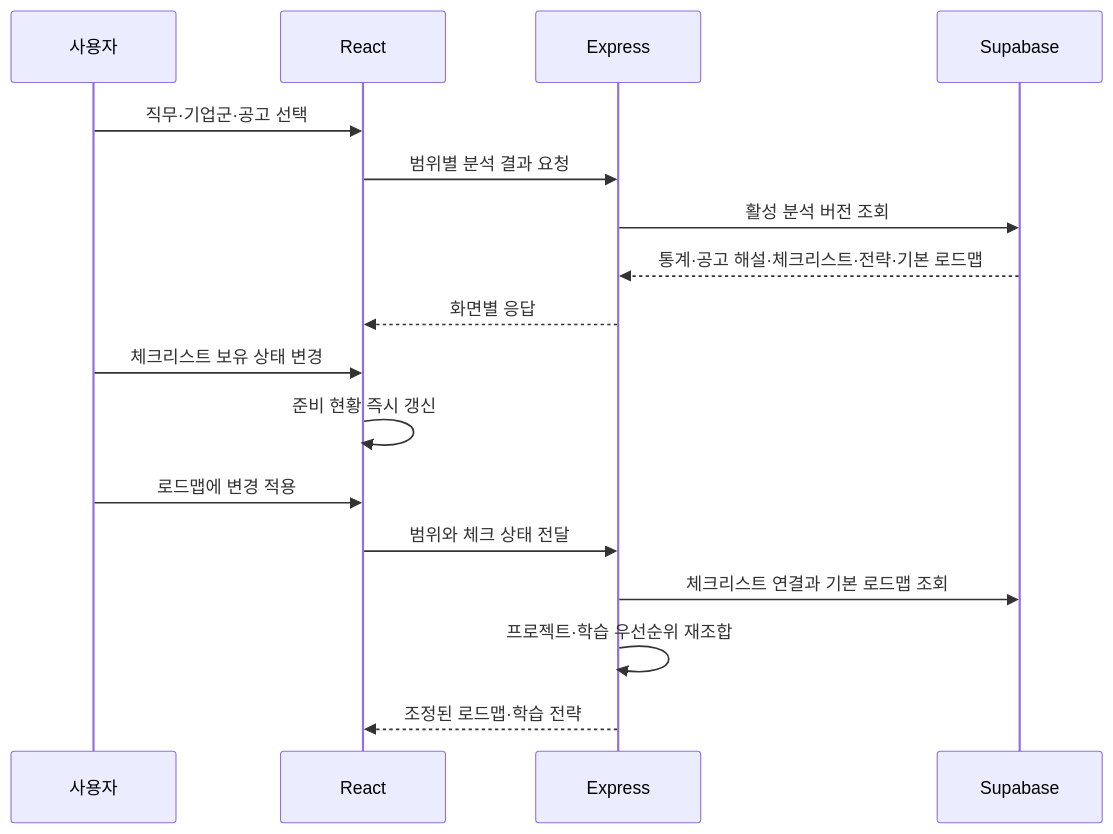
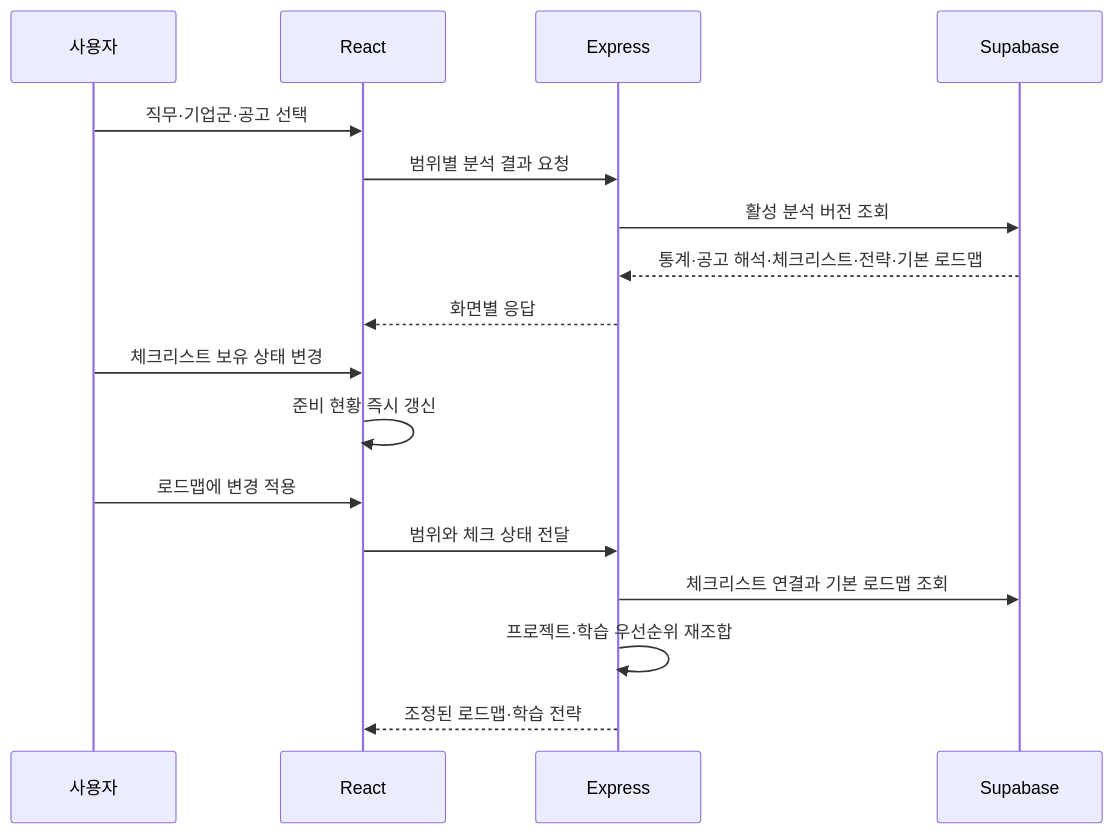
The third of 4 diagrams in docs/architecture.md (Mureung1/hub-showcase), drawn with Mermaid before and after one commit. The commit also changed other lines of this file and 9 other files, not shown here.

Commit message:
docs: rename posting interpretation and refine architecture

````diff
--- a/docs/architecture.md
+++ b/docs/architecture.md
@@ -161,20 +166,20 @@
 ```mermaid
 sequenceDiagram
     participant User as 사용자
     participant UI as React
     participant API as Express
     participant DB as Supabase
 
     User->>UI: 직무·기업군·공고 선택
     UI->>API: 범위별 분석 결과 요청
     API->>DB: 활성 분석 버전 조회
-    DB-->>API: 통계·공고 해설·체크리스트·전략·기본 로드맵
+    DB-->>API: 통계·공고 해석·체크리스트·전략·기본 로드맵
     API-->>UI: 화면별 응답
     User->>UI: 체크리스트 보유 상태 변경
     UI->>UI: 준비 현황 즉시 갱신
     User->>UI: 로드맵에 변경 적용
     UI->>API: 범위와 체크 상태 전달
     API->>DB: 체크리스트 연결과 기본 로드맵 조회
     API->>API: 프로젝트·학습 우선순위 재조합
     API-->>UI: 조정된 로드맵·학습 전략
 ```
````
